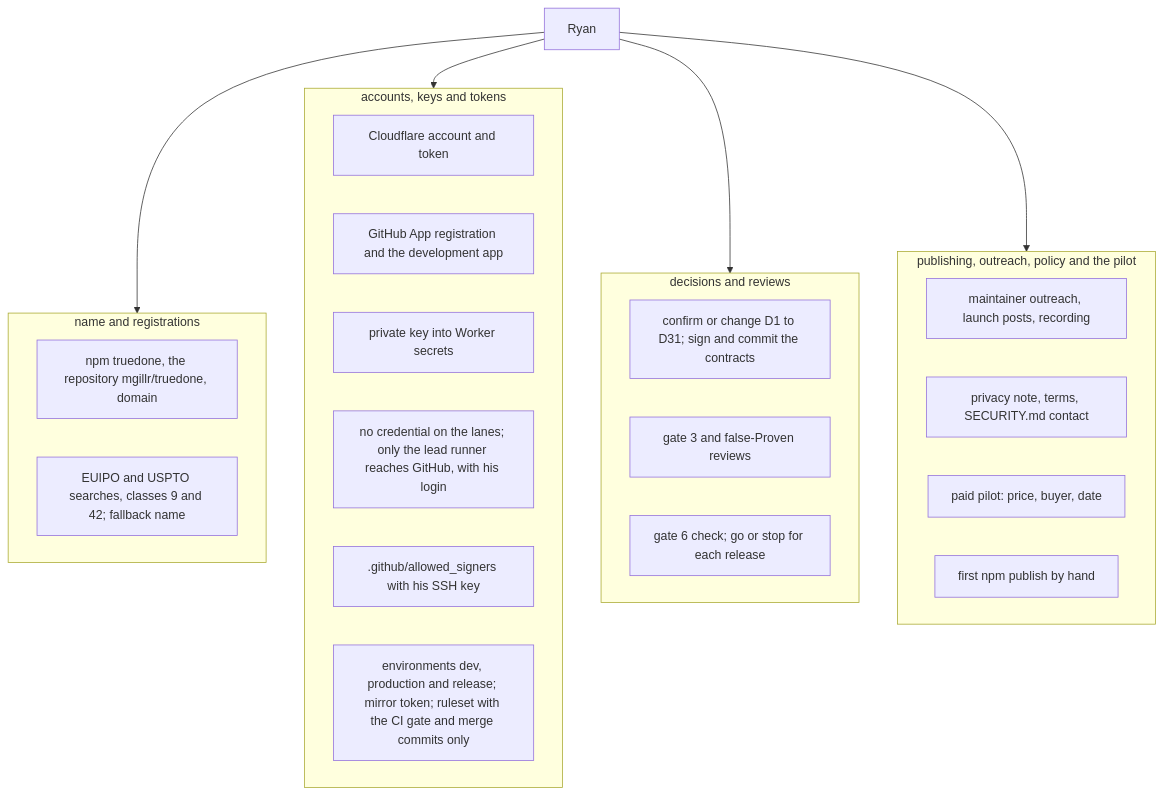
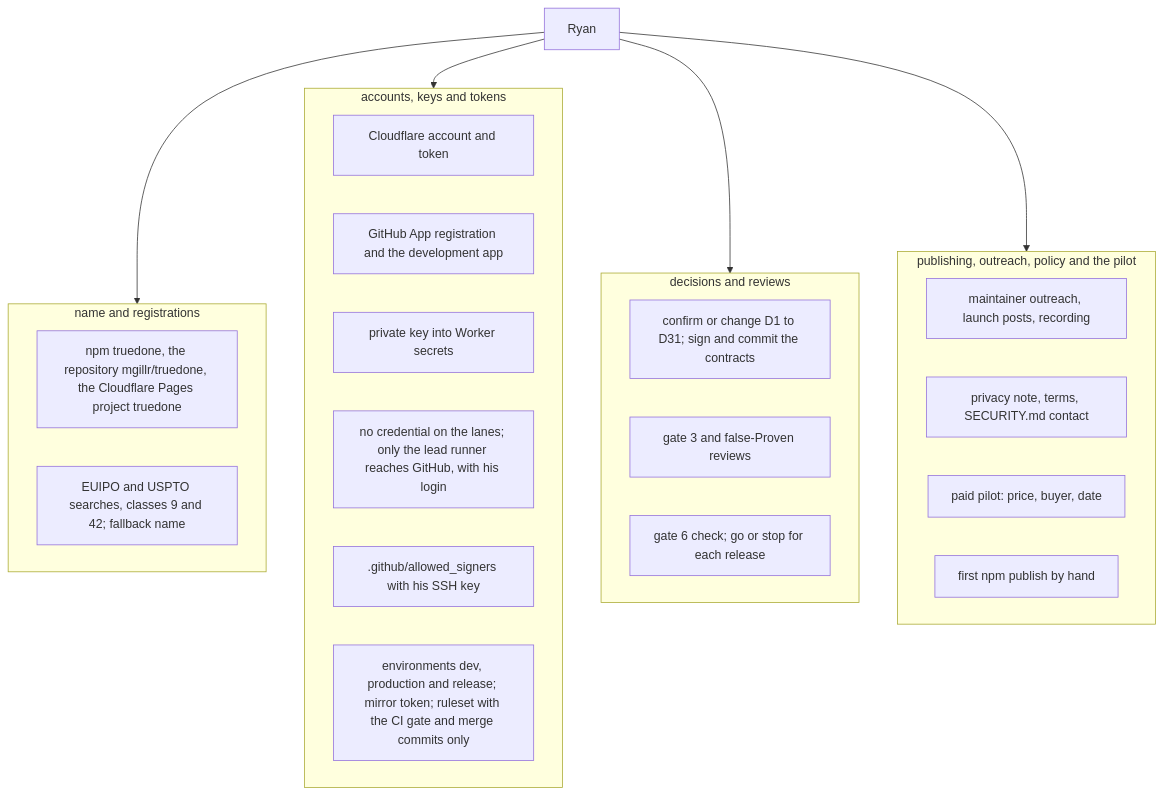
The second of 2 diagrams in docs/design/07-ryan-only.md (Truedone/truedone), drawn with Mermaid before and after one commit. The commit also changed other lines of this file and 10 other files, not shown here.

First line of the commit message:
contract: truedone v2g, no domain

````diff
--- a/docs/design/07-ryan-only.md
+++ b/docs/design/07-ryan-only.md
@@ -45,31 +45,31 @@
 ```mermaid
 flowchart TB
   RYAN["Ryan"]
   subgraph NAMES["name and registrations"]
-    N1["npm truedone, the repository mgillr/truedone, domain"]
+    N1["npm truedone, the repository mgillr/truedone, the Cloudflare Pages project truedone"]
     N2["EUIPO and USPTO searches, classes 9 and 42; fallback name"]
   end
   subgraph ACCESS["accounts, keys and tokens"]
     A1["Cloudflare account and token"]
     A2["GitHub App registration and the development app"]
     A3["private key into Worker secrets"]
     A4["no credential on the lanes; only the lead runner reaches GitHub, with his login"]
     A5[".github/allowed_signers with his SSH key"]
     A6["environments dev, production and release; mirror token; ruleset with the CI gate and merge commits only"]
   end
   subgraph DECIDE["decisions and reviews"]
     D1["confirm or change D1 to D31; sign and commit the contracts"]
     D2["gate 3 and false-Proven reviews"]
     D3["gate 6 check; go or stop for each release"]
   end
   subgraph OUTSIDE["publishing, outreach, policy and the pilot"]
     O1["maintainer outreach, launch posts, recording"]
     O2["privacy note, terms, SECURITY.md contact"]
     O3["paid pilot: price, buyer, date"]
     O4["first npm publish by hand"]
   end
   RYAN --> NAMES
   RYAN --> ACCESS
   RYAN --> DECIDE
   RYAN --> OUTSIDE
 ```
````
